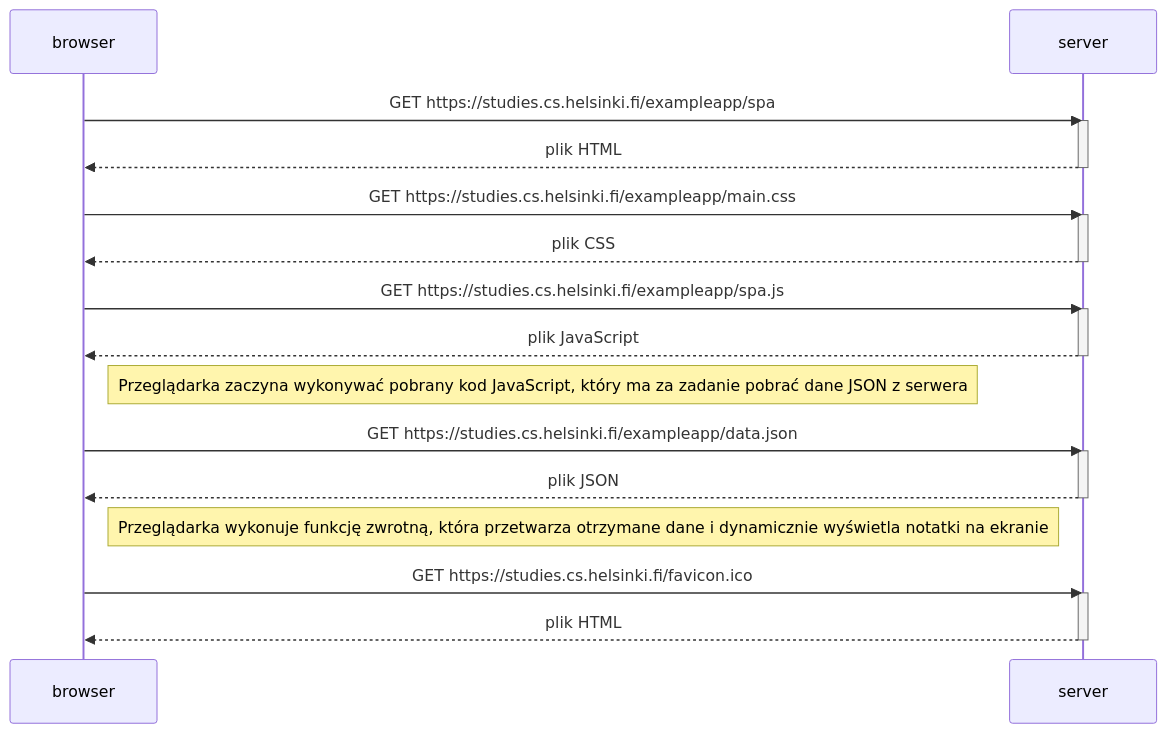
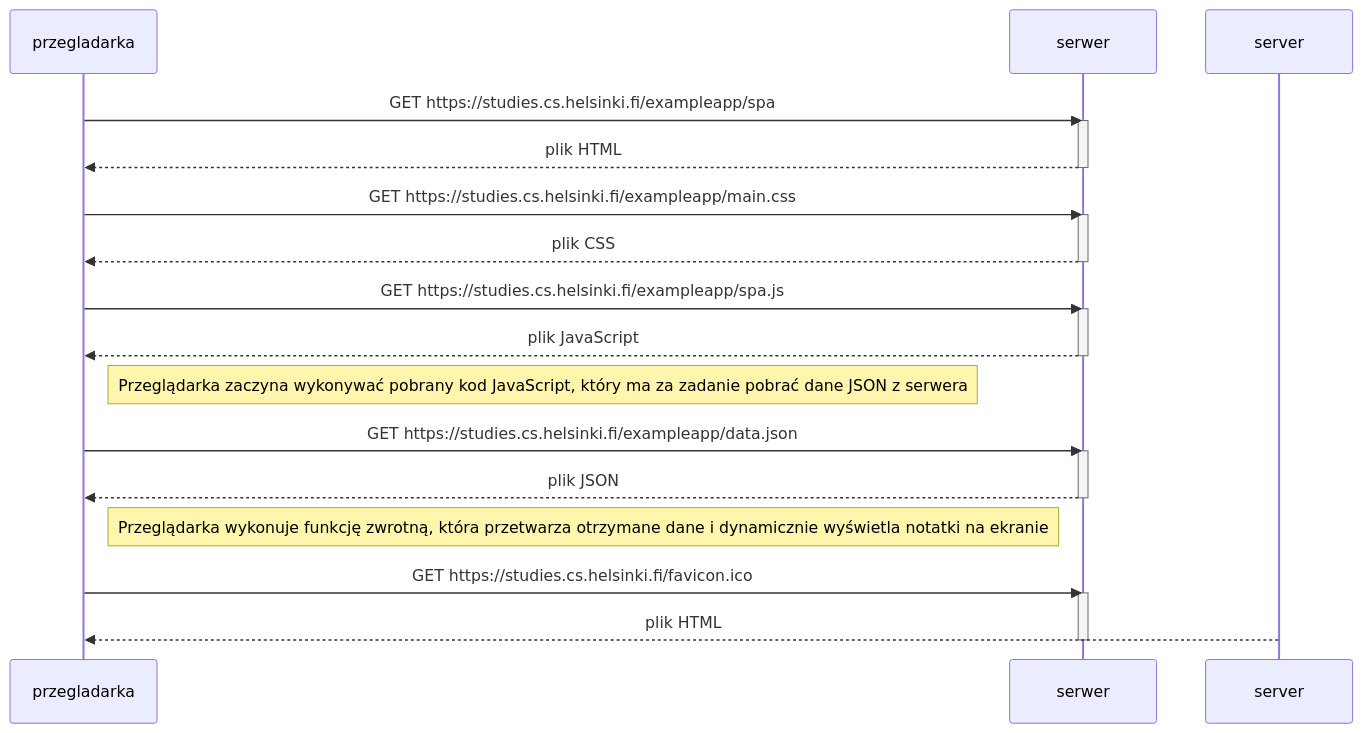
One commit to 3bartekk/fullstackKB changed the diagram in part0/zadanie0.5.md. Above: the diagram before and after it, drawn with Mermaid.

````diff
--- a/part0/zadanie0.5.md
+++ b/part0/zadanie0.5.md
@@ -1,34 +1,34 @@
 ```mermaid
 sequenceDiagram
-participant browser
-participant server
+participant przegladarka
+participant serwer
 
-    browser->>server: GET https://studies.cs.helsinki.fi/exampleapp/spa
-    activate server
-    server-->>browser: plik HTML
-    deactivate server
+    przegladarka->>serwer: GET https://studies.cs.helsinki.fi/exampleapp/spa
+    activate serwer
+    serwer-->>przegladarka: plik HTML
+    deactivate serwer
 
-    browser->>server: GET https://studies.cs.helsinki.fi/exampleapp/main.css
-    activate server
-    server-->>browser: plik CSS
-    deactivate server
+    przegladarka->>serwer: GET https://studies.cs.helsinki.fi/exampleapp/main.css
+    activate serwer
+    serwer-->>przegladarka: plik CSS
+    deactivate serwer
 
-    browser->>server: GET https://studies.cs.helsinki.fi/exampleapp/spa.js
-    activate server
-    server-->>browser: plik JavaScript
-    deactivate server
+    przegladarka->>serwer: GET https://studies.cs.helsinki.fi/exampleapp/spa.js
+    activate serwer
+    serwer-->>przegladarka: plik JavaScript
+    deactivate serwer
 
-    Note right of browser: Przeglądarka zaczyna wykonywać pobrany kod JavaScript, który ma za zadanie pobrać dane JSON z serwera
+    Note right of przegladarka: Przeglądarka zaczyna wykonywać pobrany kod JavaScript, który ma za zadanie pobrać dane JSON z serwera
 
-    browser->>server: GET https://studies.cs.helsinki.fi/exampleapp/data.json
-    activate server
-    server-->>browser: plik JSON
-    deactivate server
+    przegladarka->>serwer: GET https://studies.cs.helsinki.fi/exampleapp/data.json
+    activate serwer
+    serwer-->>przegladarka: plik JSON
+    deactivate serwer
 
-    Note right of browser: Przeglądarka wykonuje funkcję zwrotną, która przetwarza otrzymane dane i dynamicznie wyświetla notatki na ekranie
+    Note right of przegladarka: Przeglądarka wykonuje funkcję zwrotną, która przetwarza otrzymane dane i dynamicznie wyświetla notatki na ekranie
 
-    browser->>server: GET https://studies.cs.helsinki.fi/favicon.ico
-    activate server
-    server-->>browser: plik HTML
-    deactivate server
+    przegladarka->>serwer: GET https://studies.cs.helsinki.fi/favicon.ico
+    activate serwer
+    server-->>przegladarka: plik HTML
+    deactivate serwer
 ```
````
